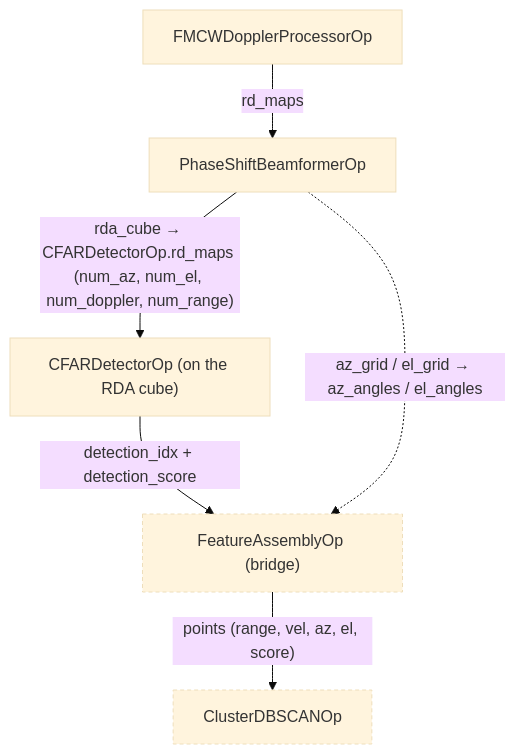
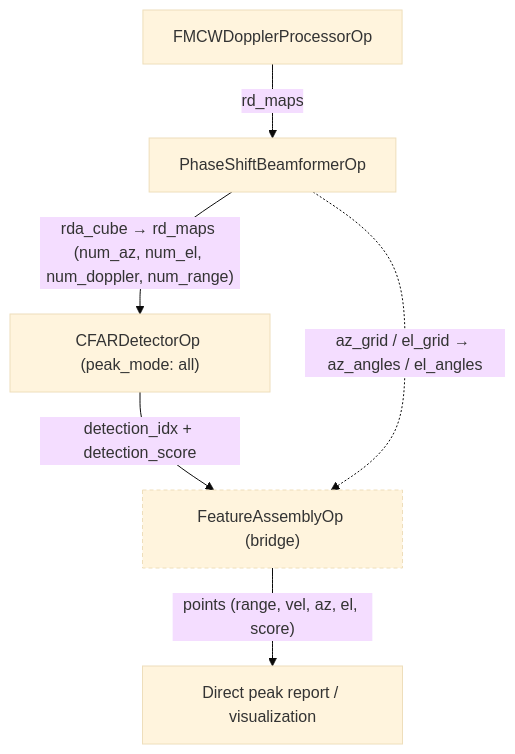
The third of 9 diagrams in docs/planning/WORKFLOWS.md (nvidia-holoscan/holoscan-radar), drawn with Mermaid (base theme) before and after one commit. The commit also changed other lines of this file and 15 other files, not shown here.

````diff
--- a/docs/planning/WORKFLOWS.md
+++ b/docs/planning/WORKFLOWS.md
@@ -149,10 +149,10 @@
 ```mermaid
 flowchart TD
   classDef opt stroke-dasharray:4 3
   DOPP["FMCWDopplerProcessorOp"] -->|"rd_maps"| BEAM["PhaseShiftBeamformerOp"]
-  BEAM -->|"rda_cube → CFARDetectorOp.rd_maps (num_az, num_el, num_doppler, num_range)"| CFAR["CFARDetectorOp (on the RDA cube)"]
+  BEAM -->|"rda_cube → rd_maps (num_az, num_el, num_doppler, num_range)"| CFAR["CFARDetectorOp (peak_mode: all)"]
   CFAR -->|"detection_idx + detection_score"| FEAT["FeatureAssemblyOp (bridge)"]
   BEAM -.->|"az_grid / el_grid → az_angles / el_angles"| FEAT
-  FEAT -->|"points (range, vel, az, el, score)"| CLUS["ClusterDBSCANOp"]
-  class FEAT,CLUS opt
+  FEAT -->|"points (range, vel, az, el, score)"| REPORT["Direct peak report / visualization"]
+  class FEAT opt
 ```
````
